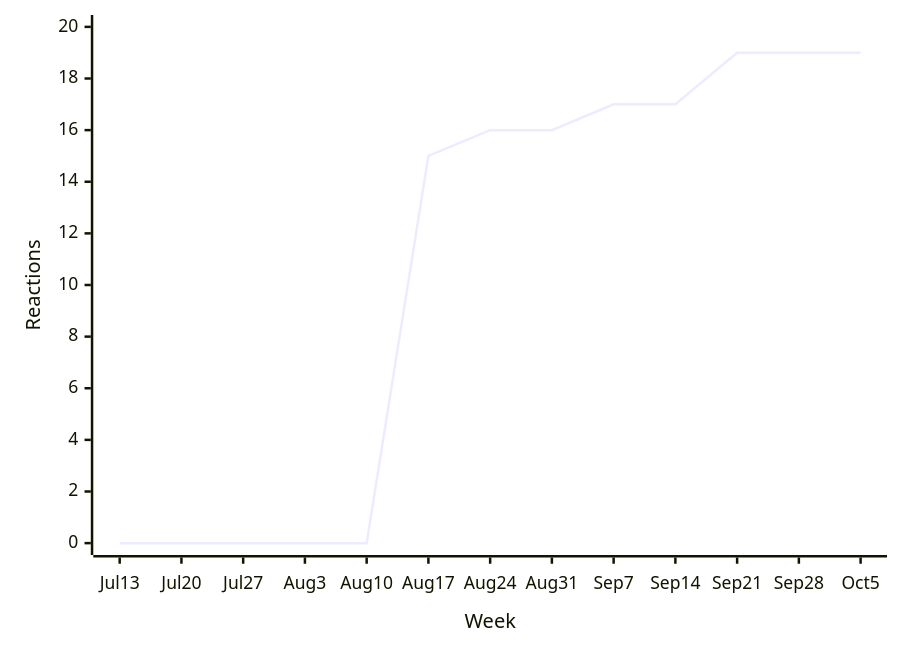
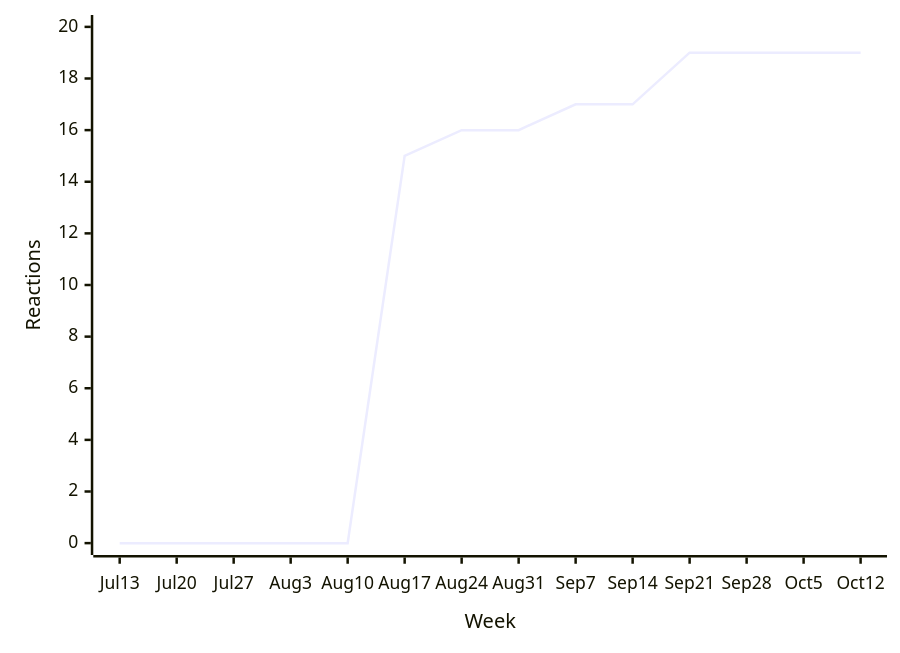
One commit to loic-sharma/github-insights changed the seventh of 35 diagrams in README.md. Above: the diagram before and after it, drawn with Mermaid. The commit also changed other lines of this file and 3 other files, not shown here.

````diff
--- a/README.md
+++ b/README.md
@@ -426,6 +426,6 @@
   ```mermaid
   xychart-beta
-    x-axis "Week" [Jul 13, Jul 20, Jul 27, Aug 3, Aug 10, Aug 17, Aug 24, Aug 31, Sep 7, Sep 14, Sep 21, Sep 28, Oct 5]
+    x-axis "Week" [Jul 13, Jul 20, Jul 27, Aug 3, Aug 10, Aug 17, Aug 24, Aug 31, Sep 7, Sep 14, Sep 21, Sep 28, Oct 5, Oct 12]
     y-axis "Reactions" 0 --> 20
-    line [0, 0, 0, 0, 0, 15, 16, 16, 17, 17, 19, 19, 19]
+    line [0, 0, 0, 0, 0, 15, 16, 16, 17, 17, 19, 19, 19, 19]
   ```
````
